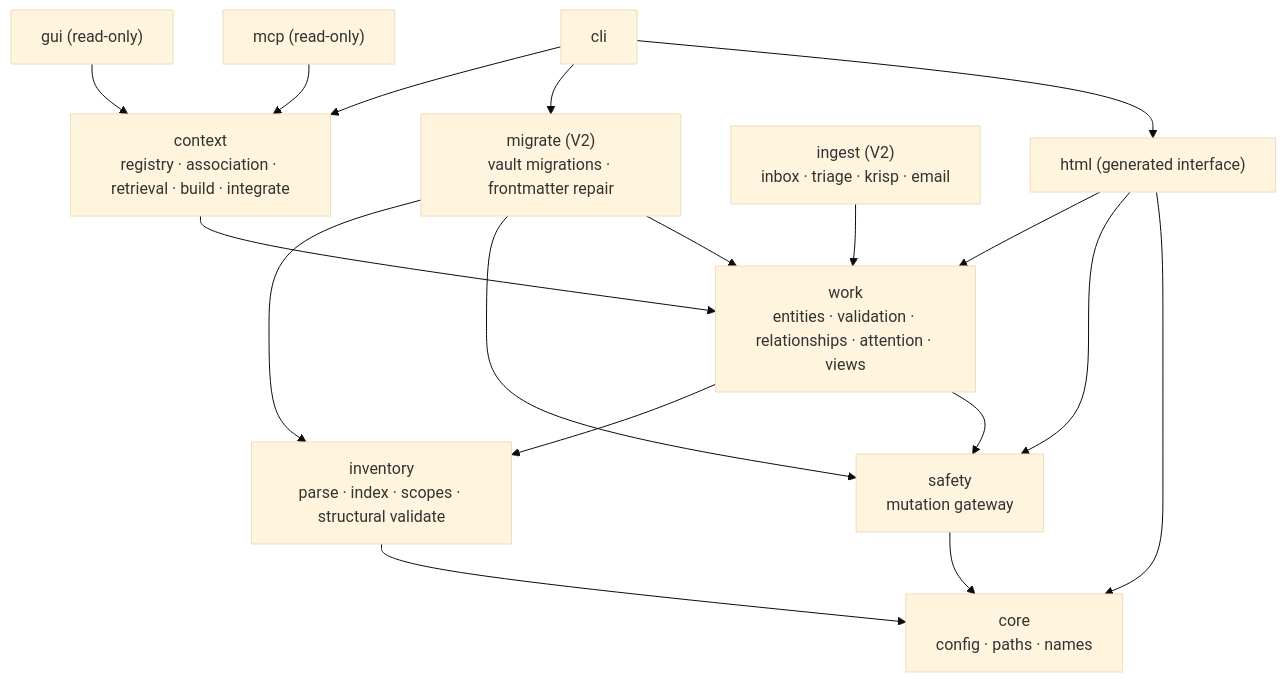
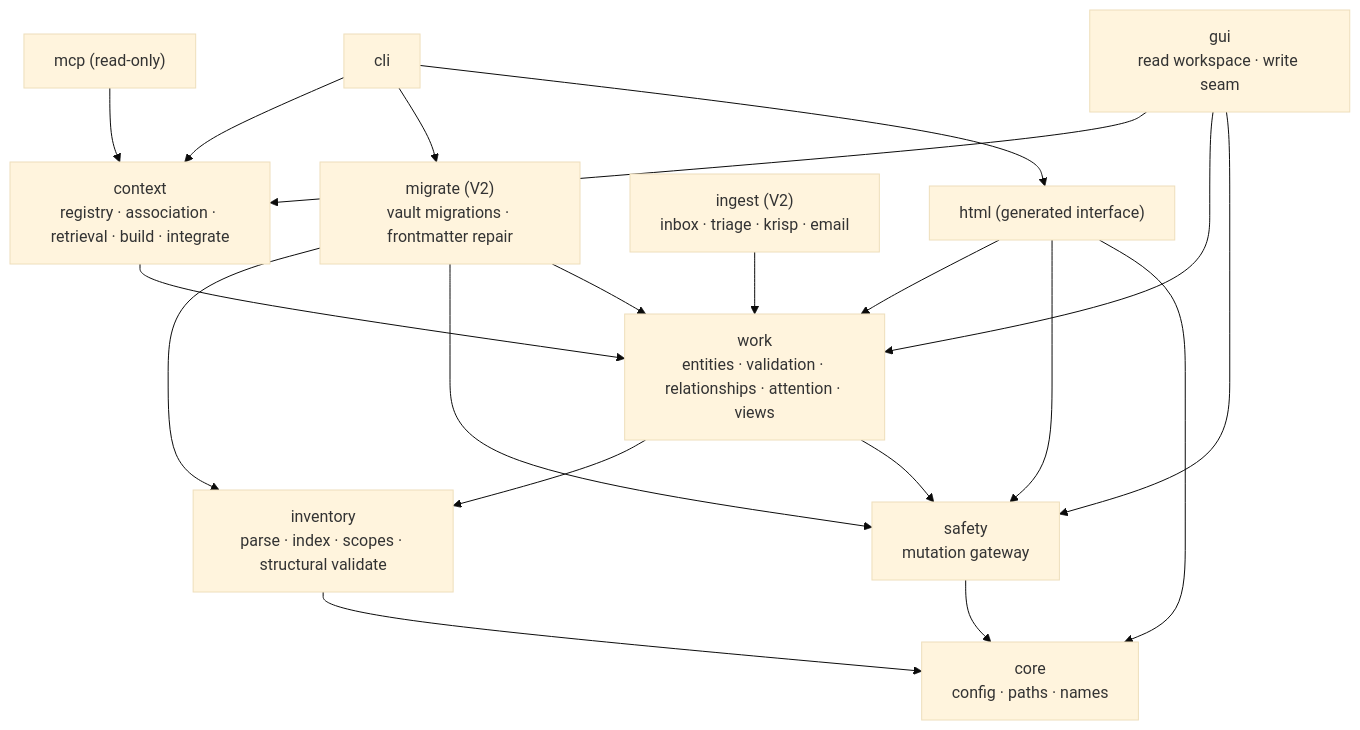
One commit to creesem/WorkSync changed the diagram in docs/architecture.md. Above: the diagram before and after it, drawn with Mermaid (base theme). The commit also changed other lines of this file and 3 other files, not shown here.

Commit message:
docs: document the GUI write seam and its boundary

````diff
--- a/docs/architecture.md
+++ b/docs/architecture.md
@@ -10,35 +10,37 @@
 ```mermaid
 flowchart TD
     accTitle: WorkSync dependency direction
     accDescr: core is the shared kernel; inventory and safety are foundations; work, context and ingest build upward; cli, gui and mcp are consumers.
 
     core["core<br/>config · paths · names"]
     inv["inventory<br/>parse · index · scopes · structural validate"]
     safety["safety<br/>mutation gateway"]
     work["work<br/>entities · validation · relationships · attention · views"]
     migrate["migrate (V2)<br/>vault migrations · frontmatter repair"]
     ctx["context<br/>registry · association · retrieval · build · integrate"]
     ingest["ingest (V2)<br/>inbox · triage · krisp · email"]
     cli["cli"]
-    gui["gui (read-only)"]
+    gui["gui<br/>read workspace · write seam"]
     mcp["mcp (read-only)"]
     html["html (generated interface)"]
 
     inv --> core
     safety --> core
     work --> inv
     work --> safety
     migrate --> inv
     migrate --> safety
     migrate --> work
     ctx --> work
     ingest --> work
     html --> work
     html --> safety
     html --> core
     cli --> ctx
     cli --> migrate
     cli --> html
     gui --> ctx
+    gui --> work
+    gui --> safety
     mcp --> ctx
 ```
````
